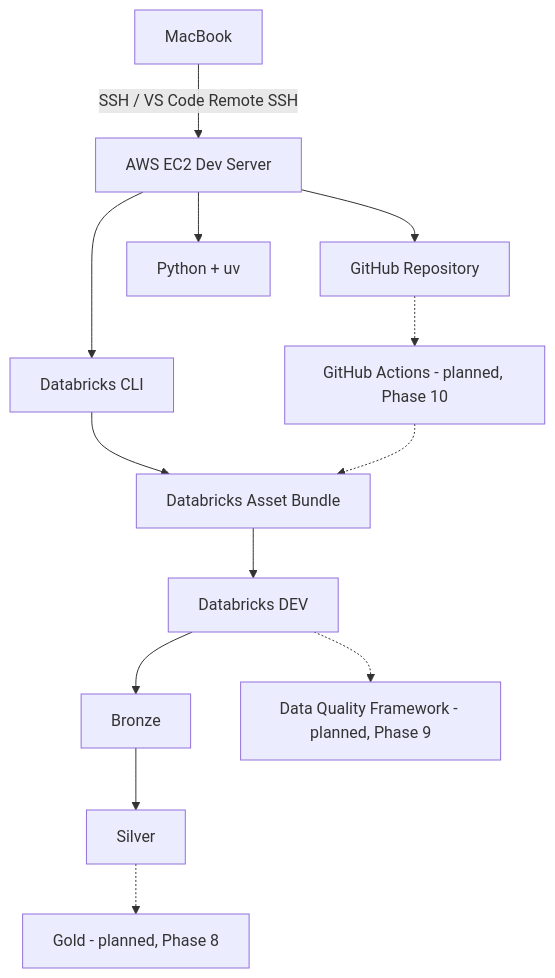
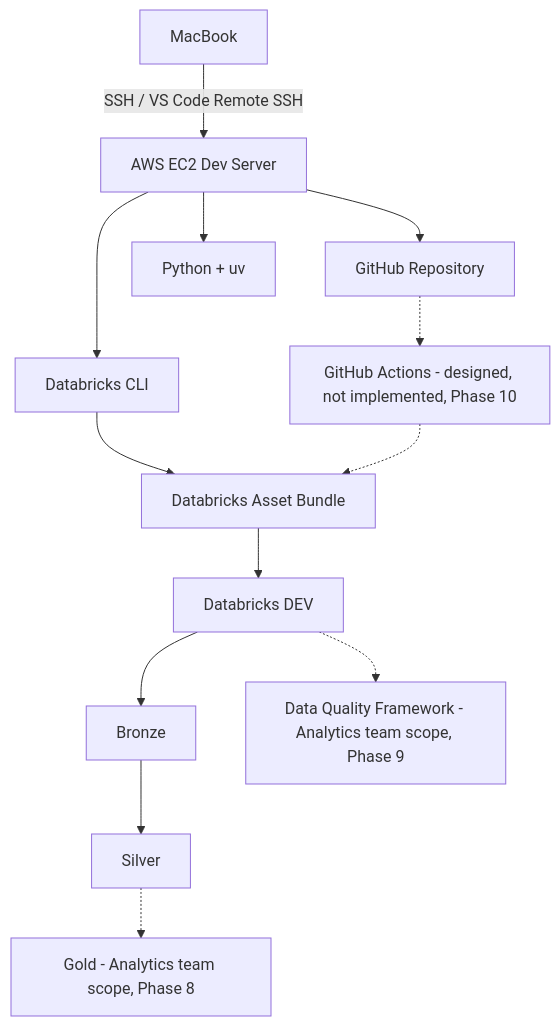
Before and after one commit to PARESHRANJAN299/data-engineering-devops-stack: the diagram in README.md, drawn with Mermaid. The commit also changed other lines of this file and 4 other files, not shown here.

First line of the commit message:
Close Data Engineering scope; document CI/CD design in interview prep file

````diff
--- a/README.md
+++ b/README.md
@@ -88,15 +88,15 @@
 ```mermaid
 flowchart TD
     A[MacBook] -->|SSH / VS Code Remote SSH| B[AWS EC2 Dev Server]
     B --> C[GitHub Repository]
     B --> D[Python + uv]
     B --> E[Databricks CLI]
     E --> F[Databricks Asset Bundle]
     F --> G[Databricks DEV]
     G --> H[Bronze]
     H --> I[Silver]
-    I -.-> J[Gold - planned, Phase 8]
-    G -.-> K[Data Quality Framework - planned, Phase 9]
-    C -.-> L[GitHub Actions - planned, Phase 10]
+    I -.-> J[Gold - Analytics team scope, Phase 8]
+    G -.-> K[Data Quality Framework - Analytics team scope, Phase 9]
+    C -.-> L[GitHub Actions - designed, not implemented, Phase 10]
     L -.-> F
 ```
````
